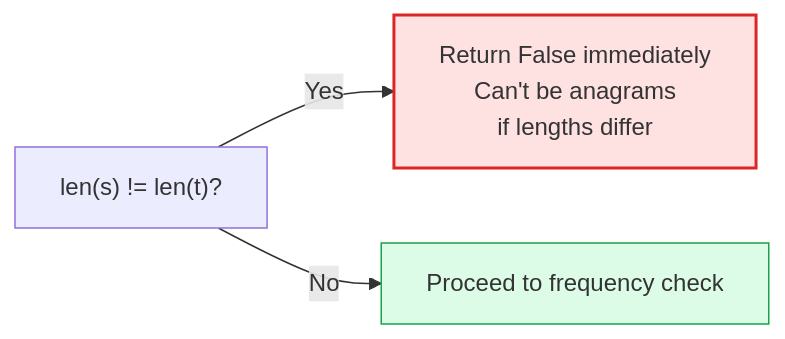
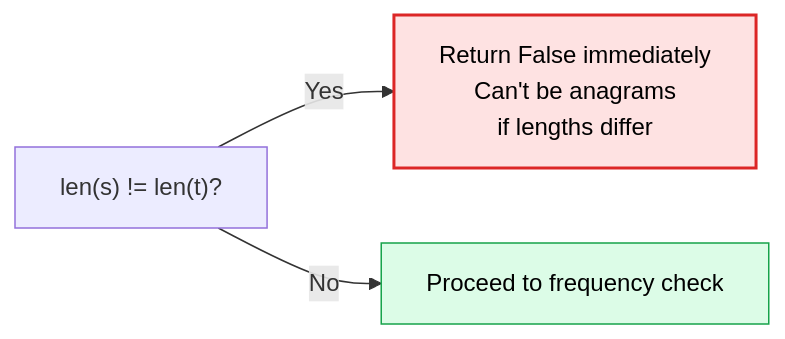
One commit to M-F-Tushar/LeetCode-Problem-Solving changed the third of 15 diagrams in 03 - Valid Anagram/README.md. Above: the diagram before and after it, drawn with Mermaid. The commit also changed other lines of this file, not shown here.

````diff
--- a/03 - Valid Anagram/README.md
+++ b/03 - Valid Anagram/README.md
@@ -95,8 +94,8 @@
 ```mermaid
 flowchart LR
     A["len(s) != len(t)?"] -- Yes --> B["Return False immediately\nCan't be anagrams\nif lengths differ"]
     A -- No --> C["Proceed to frequency check"]
 
-    style B fill:#fee2e2,stroke:#dc2626,stroke-width:2px
-    style C fill:#dcfce7,stroke:#16a34a
+    style B fill:#fee2e2,stroke:#dc2626,stroke-width:2px,color:#000000
+    style C fill:#dcfce7,stroke:#16a34a,color:#000000
 ```
````
